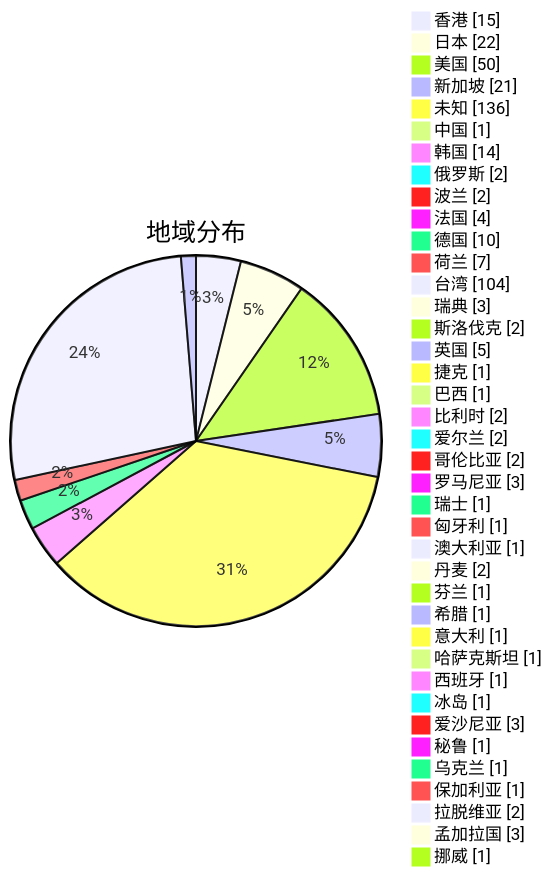
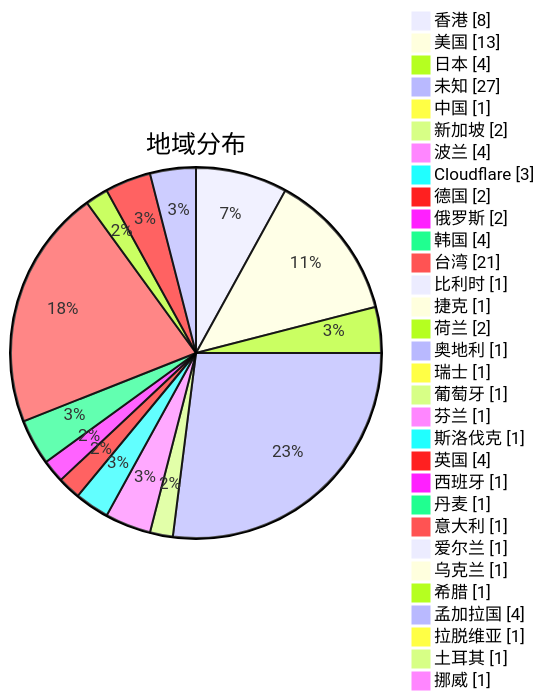
The second of 3 diagrams in subs/statistics/tested_within.md (sinspired/airport), drawn with Mermaid before and after one commit. The commit also changed other lines of this file and 2 other files, not shown here.

Commit message:
Committed by metaST

````diff
--- a/subs/statistics/tested_within.md
+++ b/subs/statistics/tested_within.md
@@ -14,43 +12,35 @@
 ```mermaid
 pie showData
 title 地域分布
-"香港" : 15
-"日本" : 22
-"美国" : 50
-"新加坡" : 21
-"未知" : 136
+"香港" : 8
+"美国" : 13
+"日本" : 4
+"未知" : 27
 "中国" : 1
-"韩国" : 14
+"新加坡" : 2
+"波兰" : 4
+"Cloudflare" : 3
+"德国" : 2
 "俄罗斯" : 2
-"波兰" : 2
-"法国" : 4
-"德国" : 10
-"荷兰" : 7
-"台湾" : 104
-"瑞典" : 3
-"斯洛伐克" : 2
-"英国" : 5
+"韩国" : 4
+"台湾" : 21
+"比利时" : 1
 "捷克" : 1
-"巴西" : 1
-"比利时" : 2
-"爱尔兰" : 2
-"哥伦比亚" : 2
-"罗马尼亚" : 3
+"荷兰" : 2
+"奥地利" : 1
 "瑞士" : 1
-"匈牙利" : 1
-"澳大利亚" : 1
-"丹麦" : 2
+"葡萄牙" : 1
 "芬兰" : 1
+"斯洛伐克" : 1
+"英国" : 4
+"西班牙" : 1
+"丹麦" : 1
+"意大利" : 1
+"爱尔兰" : 1
+"乌克兰" : 1
 "希腊" : 1
-"意大利" : 1
-"哈萨克斯坦" : 1
-"西班牙" : 1
-"冰岛" : 1
-"爱沙尼亚" : 3
-"秘鲁" : 1
-"乌克兰" : 1
-"保加利亚" : 1
-"拉脱维亚" : 2
-"孟加拉国" : 3
+"孟加拉国" : 4
+"拉脱维亚" : 1
+"土耳其" : 1
 "挪威" : 1
 ```
````
